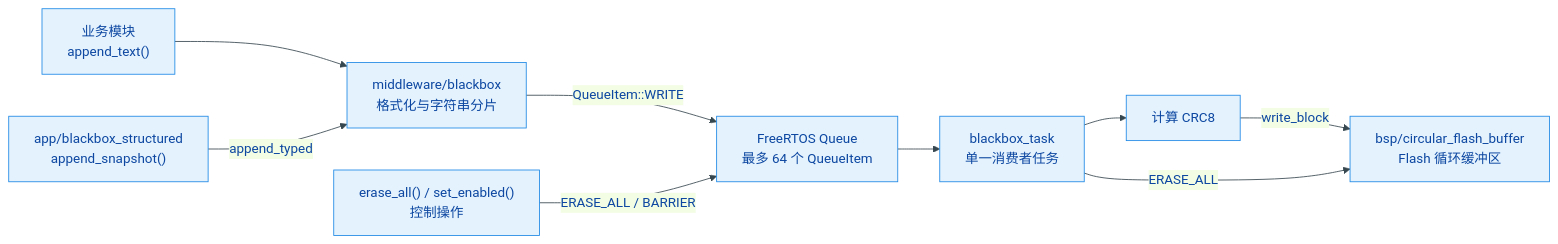
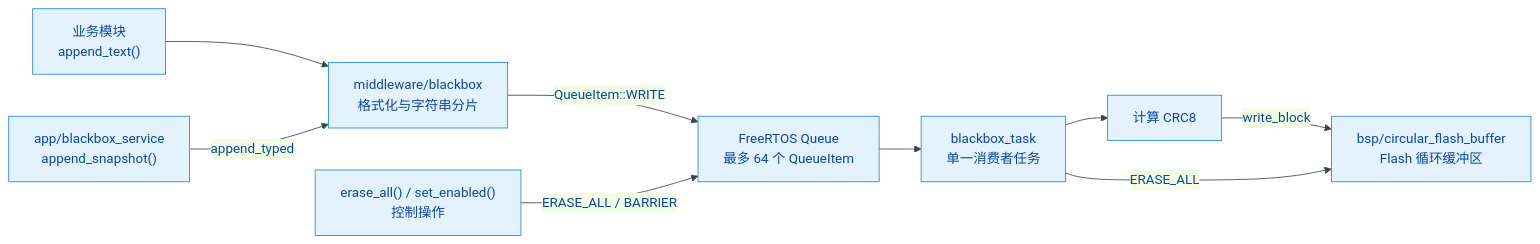
One commit to qingmeijiupiao/Wireless_power_meter_lite changed the first of 5 diagrams in components/middleware/blackbox/README.md. Above: the diagram before and after it, drawn with Mermaid. The commit also changed other lines of this file and 35 other files, not shown here.

````diff
--- a/components/middleware/blackbox/README.md
+++ b/components/middleware/blackbox/README.md
@@ -43,12 +43,12 @@
 ```mermaid
 %%{init: { 'theme': 'base', 'themeVariables': { 'primaryColor': '#E3F2FD', 'primaryBorderColor': '#1E88E5', 'primaryTextColor': '#0D47A1', 'lineColor': '#37474F' } }}%%
 flowchart LR
     TEXT["业务模块<br/>append_text()"] --> BUILD["middleware/blackbox<br/>格式化与字符串分片"]
-    APP["app/blackbox_structured<br/>append_snapshot()"] -->|append_typed| BUILD
+    APP["app/blackbox_service<br/>append_snapshot()"] -->|append_typed| BUILD
     BUILD -->|QueueItem::WRITE| QUEUE["FreeRTOS Queue<br/>最多 64 个 QueueItem"]
     CTRL["erase_all() / set_enabled()<br/>控制操作"] -->|ERASE_ALL / BARRIER| QUEUE
     QUEUE --> TASK["blackbox_task<br/>单一消费者任务"]
     TASK --> CRC["计算 CRC8"]
     CRC -->|write_block| BSP["bsp/circular_flash_buffer<br/>Flash 循环缓冲区"]
     TASK -->|ERASE_ALL| BSP
 ```
````
